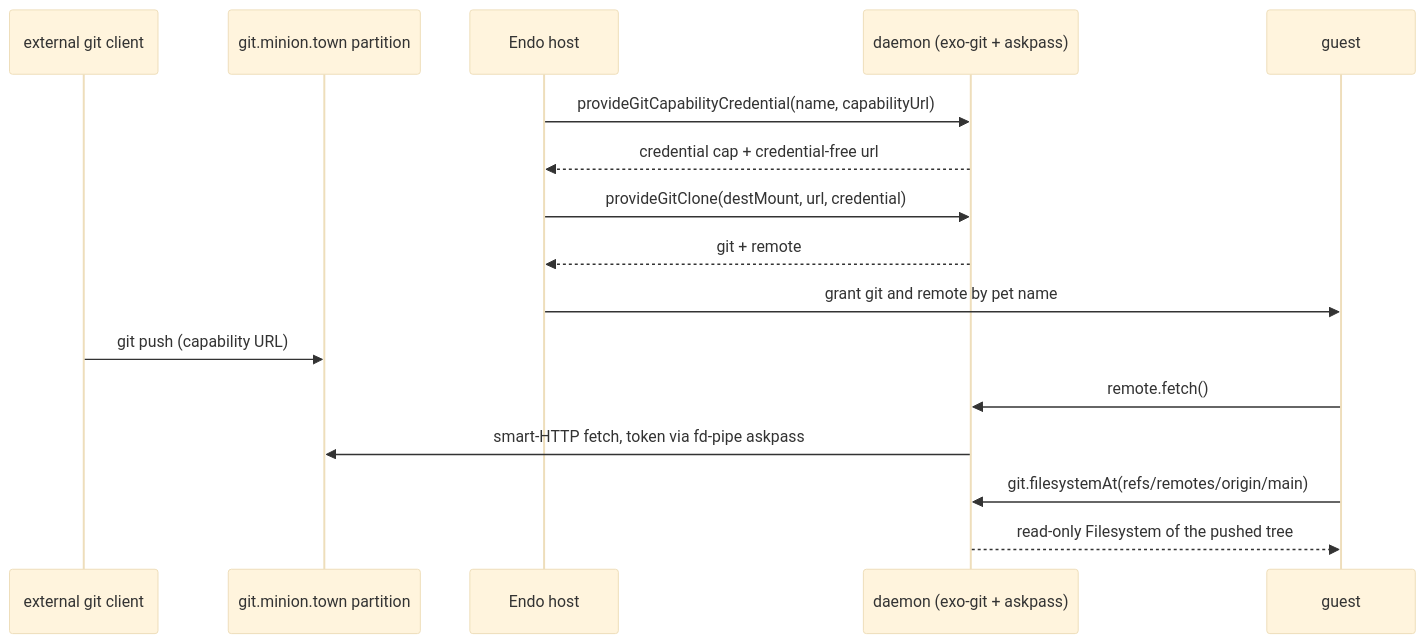
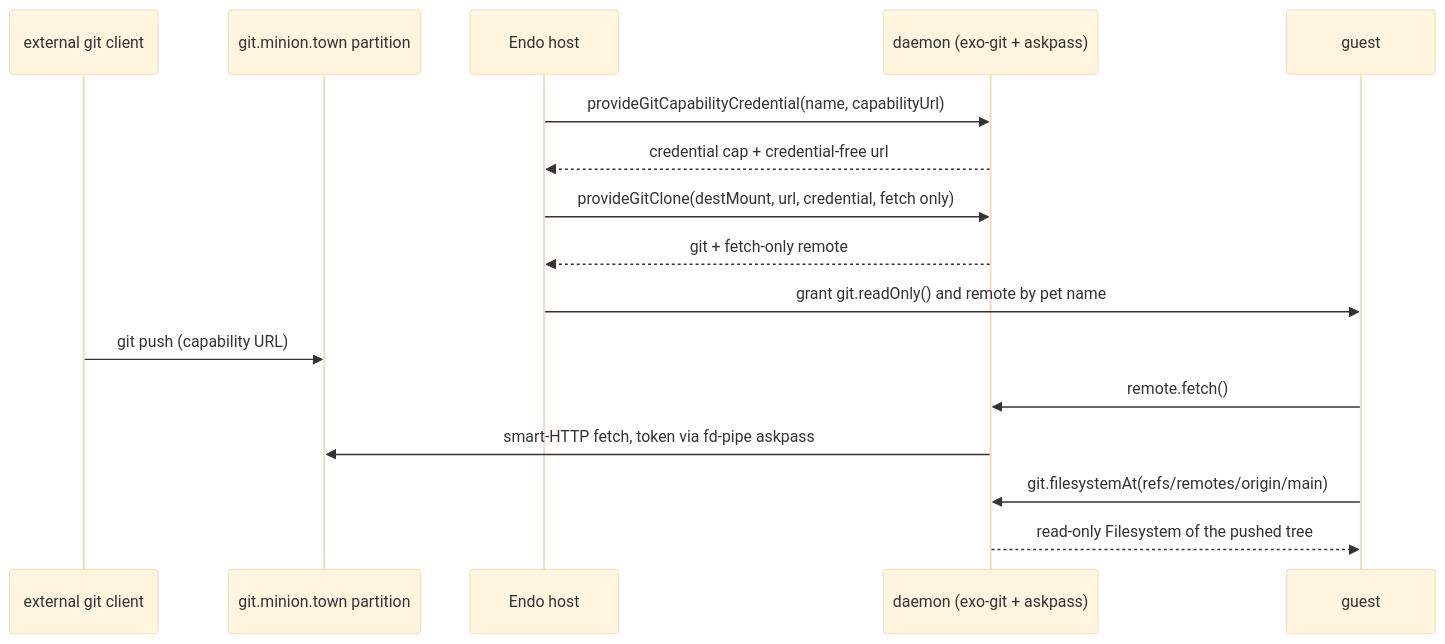
The diagram in designs/daemon-git-remote-capability-urls.md (endojs/endo-but-for-bots), drawn with Mermaid (base theme) before and after one commit. The commit also changed other lines of this file, not shown here.

First line of the commit message:
docs(designs): fetch-only clone path and redaction boundary for capability URLs

````diff
--- a/designs/daemon-git-remote-capability-urls.md
+++ b/designs/daemon-git-remote-capability-urls.md
@@ -93,18 +240,18 @@
 ```mermaid
 sequenceDiagram
   participant Ext as external git client
   participant MT as git.minion.town partition
   participant Host as Endo host
   participant D as daemon (exo-git + askpass)
   participant G as guest
   Host->>D: provideGitCapabilityCredential(name, capabilityUrl)
   D-->>Host: credential cap + credential-free url
-  Host->>D: provideGitClone(destMount, url, credential)
-  D-->>Host: git + remote
-  Host->>G: grant git and remote by pet name
+  Host->>D: provideGitClone(destMount, url, credential, fetch only)
+  D-->>Host: git + fetch-only remote
+  Host->>G: grant git.readOnly() and remote by pet name
   Ext->>MT: git push (capability URL)
   G->>D: remote.fetch()
   D->>MT: smart-HTTP fetch, token via fd-pipe askpass
   G->>D: git.filesystemAt(refs/remotes/origin/main)
   D-->>G: read-only Filesystem of the pushed tree
 ```
````
